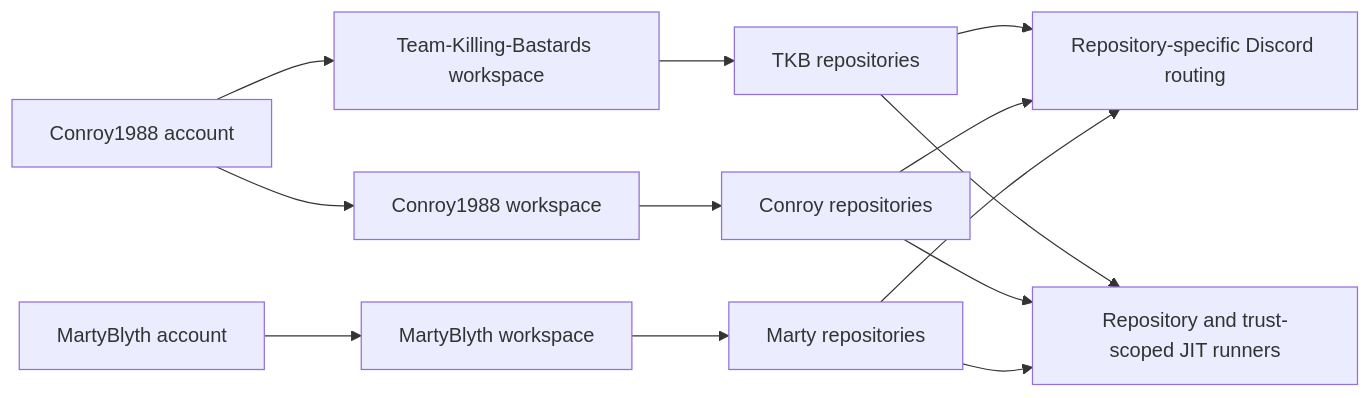
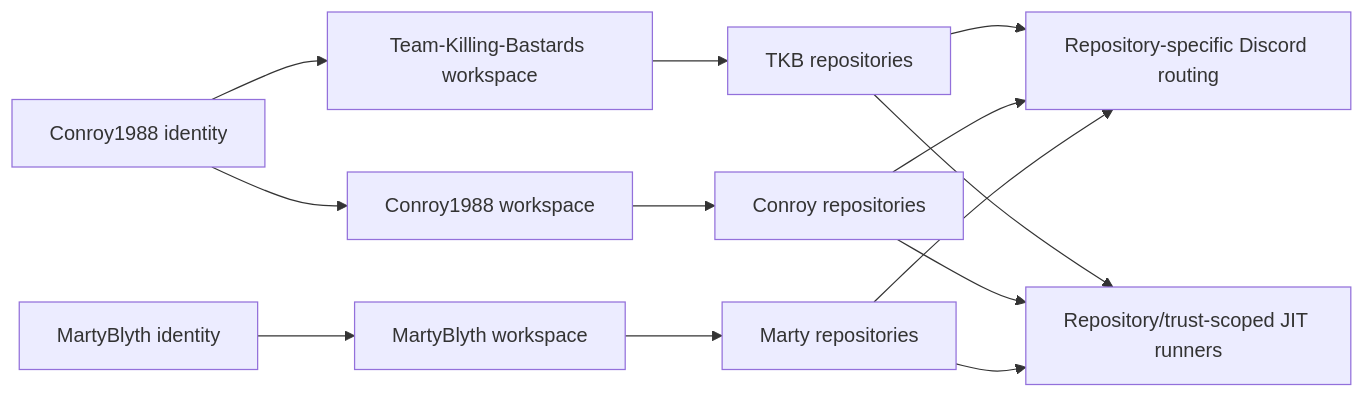
Before and after one commit to Team-Killing-Bastards/.github: the diagram in profile/README.md, drawn with Mermaid. The commit also changed other lines of this file, not shown here.

````diff
--- a/profile/README.md
+++ b/profile/README.md
@@ -357,18 +272,18 @@
 ```mermaid
 flowchart LR
-    Dan[Conroy1988 account] --> TKB[Team-Killing-Bastards workspace]
+    Dan[Conroy1988 identity] --> TKB[Team-Killing-Bastards workspace]
     Dan --> Conroy[Conroy1988 workspace]
-    Marty[MartyBlyth account] --> MartySpace[MartyBlyth workspace]
+    Marty[MartyBlyth identity] --> MartySpace[MartyBlyth workspace]
 
     TKB --> TKBRepos[TKB repositories]
     Conroy --> ConroyRepos[Conroy repositories]
     MartySpace --> MartyRepos[Marty repositories]
 
     TKBRepos --> Routing[Repository-specific Discord routing]
     ConroyRepos --> Routing
     MartyRepos --> Routing
 
-    TKBRepos --> Runners[Repository and trust-scoped JIT runners]
+    TKBRepos --> Runners[Repository/trust-scoped JIT runners]
     ConroyRepos --> Runners
     MartyRepos --> Runners
 ```
````
